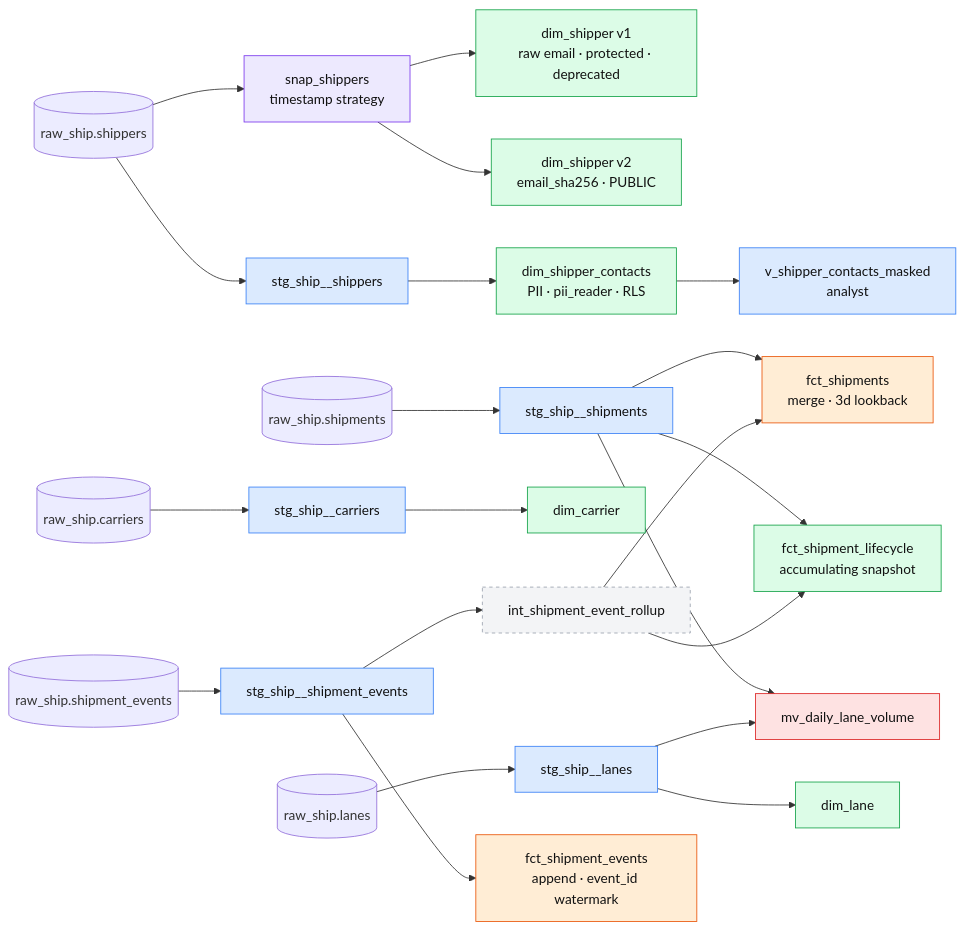
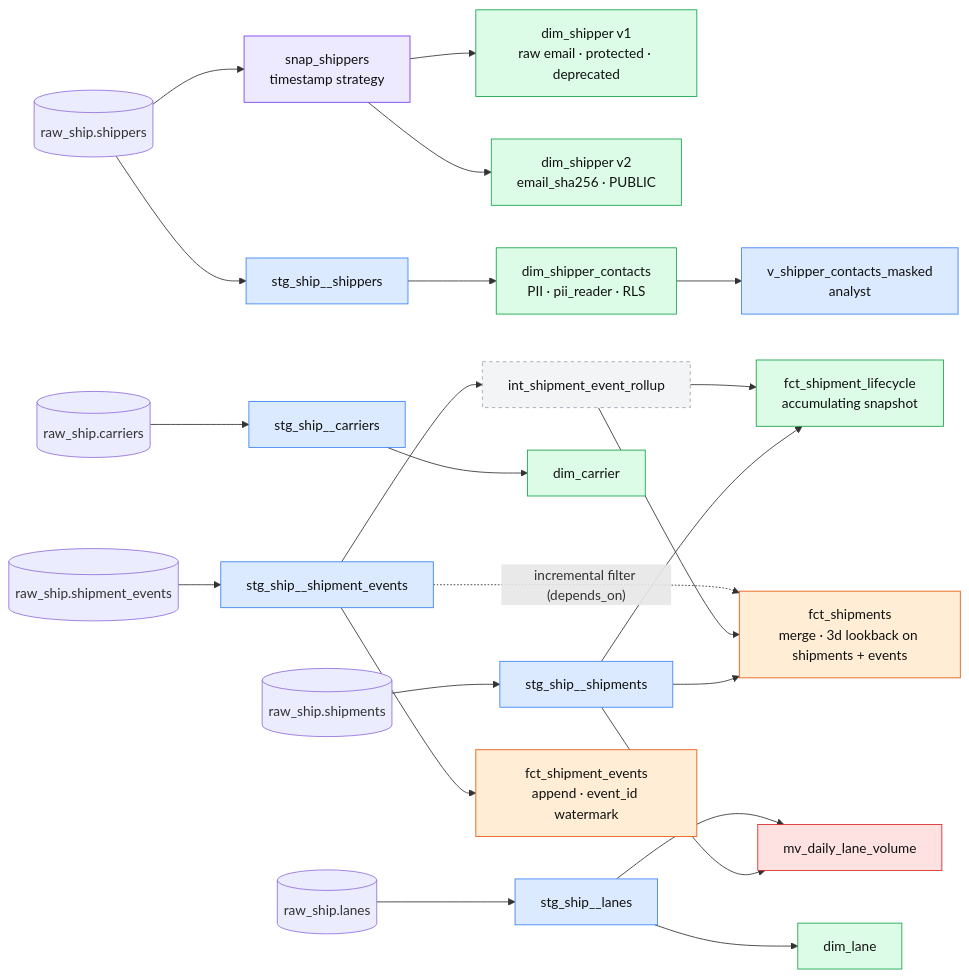
Before and after one commit to nachhh/rutagroup: the first of 2 diagrams in docs/diagrams/dbt-lineage.md, drawn with Mermaid. The commit also changed 5 other files, not shown here.

Commit message:
Phase 7s2: fct_shipments incremental detects changes in both shipments and events; reconciliation test checks both inputs; document the fct_shipment_lifecycle teaching split

````diff
--- a/docs/diagrams/dbt-lineage.md
+++ b/docs/diagrams/dbt-lineage.md
@@ -10,28 +10,29 @@
 ```mermaid
 flowchart LR
   classDef view fill:#dbeafe,stroke:#3b82f6,color:#111
   classDef eph fill:#f3f4f6,stroke:#9ca3af,stroke-dasharray:4,color:#111
   classDef table fill:#dcfce7,stroke:#16a34a,color:#111
   classDef inc fill:#ffedd5,stroke:#ea580c,color:#111
   classDef snap fill:#ede9fe,stroke:#7c3aed,color:#111
   classDef mv fill:#fee2e2,stroke:#dc2626,color:#111
 
   src_shippers[(raw_ship.shippers)] --> stg_shippers[stg_ship__shippers]:::view
   src_shippers --> snap[snap_shippers<br/>timestamp strategy]:::snap
   snap --> dim_v1[dim_shipper v1<br/>raw email · protected · deprecated]:::table
   snap --> dim_v2[dim_shipper v2<br/>email_sha256 · PUBLIC]:::table
   stg_shippers --> contacts[dim_shipper_contacts<br/>PII · pii_reader · RLS]:::table --> masked[v_shipper_contacts_masked<br/>analyst]:::view
   src_shipments[(raw_ship.shipments)] --> stg_shipments[stg_ship__shipments]:::view
   src_events[(raw_ship.shipment_events)] --> stg_events[stg_ship__shipment_events]:::view
   src_carriers[(raw_ship.carriers)] --> stg_carriers[stg_ship__carriers]:::view --> dim_carrier[dim_carrier]:::table
   src_lanes[(raw_ship.lanes)] --> stg_lanes[stg_ship__lanes]:::view --> dim_lane[dim_lane]:::table
 
   stg_events --> rollup[int_shipment_event_rollup]:::eph
-  stg_shipments --> fct_shipments[fct_shipments<br/>merge · 3d lookback]:::inc
+  stg_shipments --> fct_shipments[fct_shipments<br/>merge · 3d lookback on shipments + events]:::inc
   rollup --> fct_shipments
+  stg_events -. "incremental filter (depends_on)" .-> fct_shipments
   stg_events --> fct_events[fct_shipment_events<br/>append · event_id watermark]:::inc
   stg_shipments --> lifecycle[fct_shipment_lifecycle<br/>accumulating snapshot]:::table
   rollup --> lifecycle
   stg_shipments --> mv[mv_daily_lane_volume]:::mv
   stg_lanes --> mv
 ```
````
